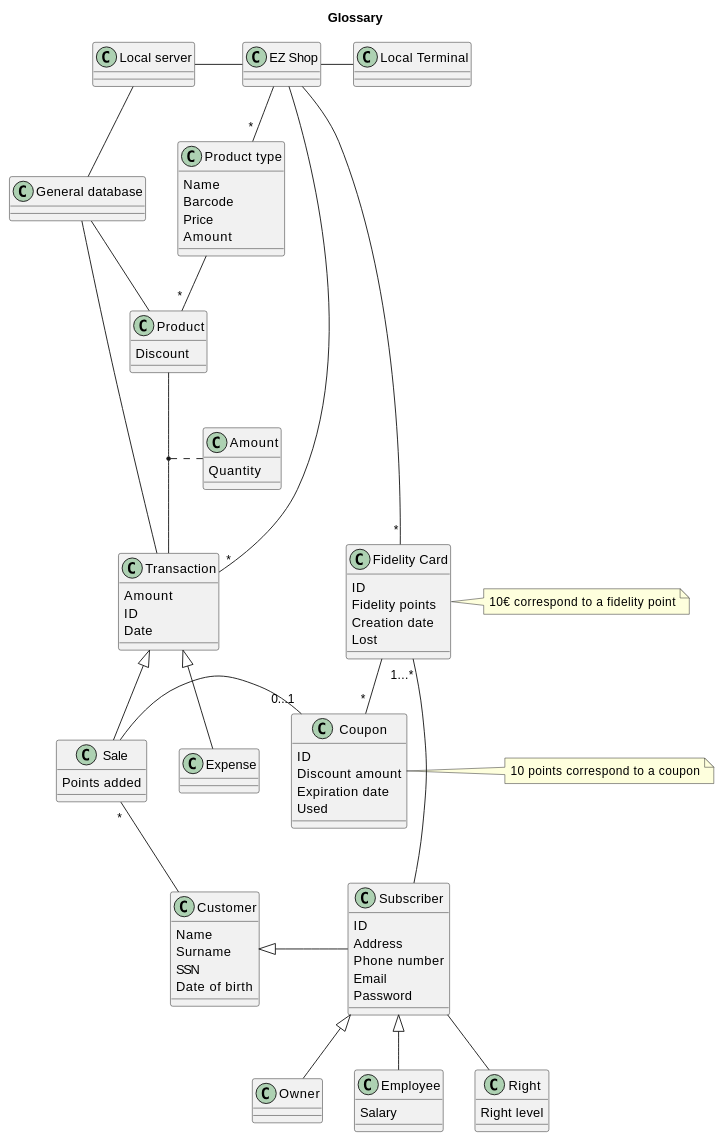
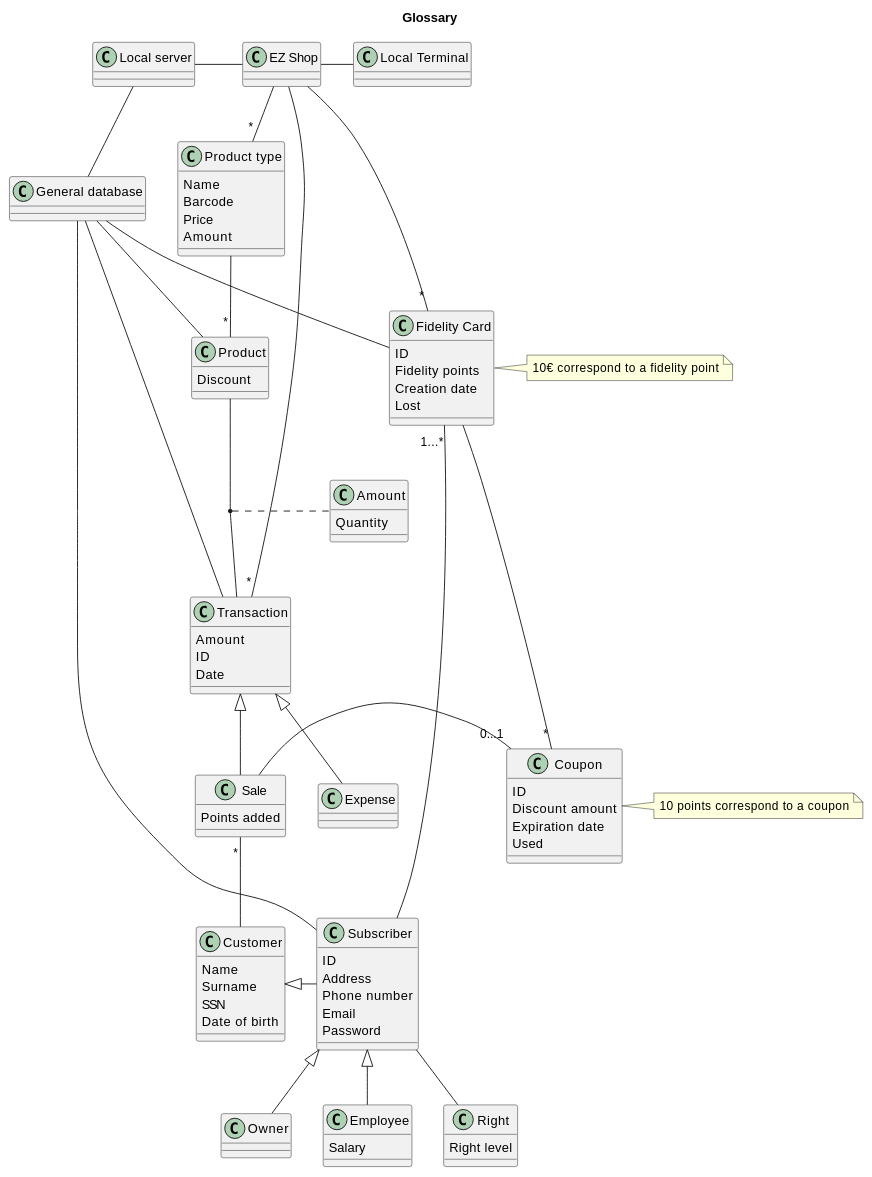
Before and after one commit to nicolabattaglino/ezshop: the second of 4 diagrams in Deliverables/RequirementsDocument.md, drawn with PlantUML.

```diff
--- a/Deliverables/RequirementsDocument.md
+++ b/Deliverables/RequirementsDocument.md
@@ -268,6 +268,8 @@
 localServer -- generalDB
 generalDB-- product
 generalDB -- transaction
+generalDB -- subscriber
+generalDB -- fidelityCard
 EZShop -- "*"transaction
 customer <|- subscriber
 transaction <|-- sale
```
